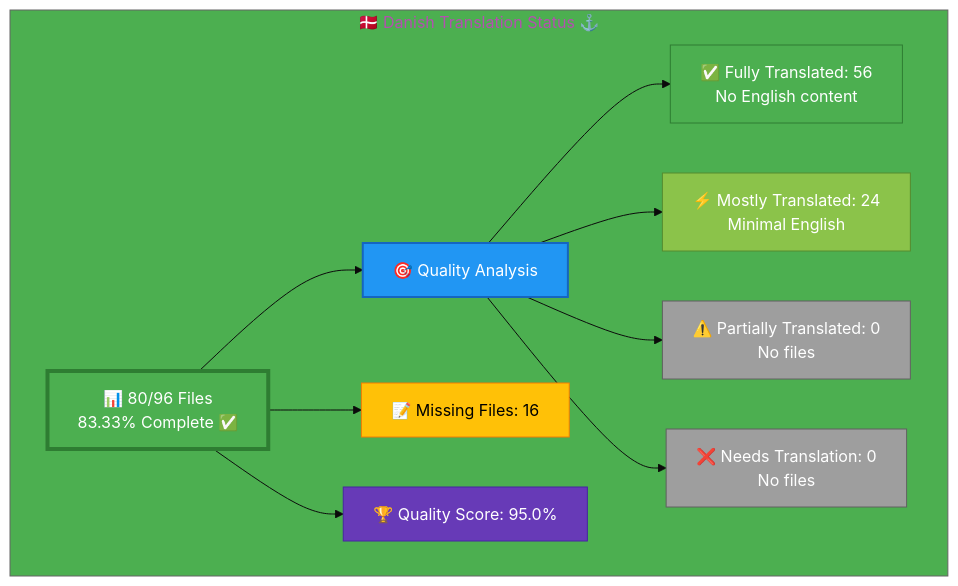
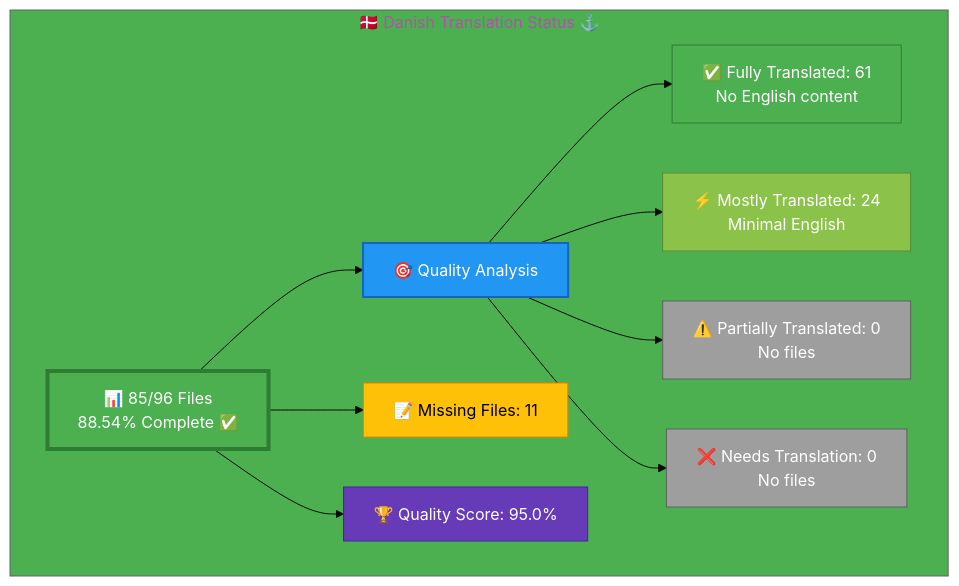
The diagram in Danish-Translation-Status.md (Hack23/homepage), drawn with Mermaid before and after one commit. The commit also changed other lines of this file, not shown here.

````diff
--- a/Danish-Translation-Status.md
+++ b/Danish-Translation-Status.md
@@ -41,26 +48,26 @@
 ```mermaid
 %%{init: {'theme':'base', 'themeVariables': {'primaryColor':'#4CAF50','secondaryColor':'#2196F3','tertiaryColor':'#4CAF50','fontSize':'16px'}}}%%
 graph TB
     subgraph "🇩🇰 Danish Translation Status ⚓"
-        A["📊 80/96 Files<br/>83.33% Complete ✅ "]
+        A["📊 85/96 Files<br/>88.54% Complete ✅ "]
         
         A --> B["🎯 Quality Analysis"]
-        B --> C["✅ Fully Translated: 56<br/>No English content"]
+        B --> C["✅ Fully Translated: 61<br/>No English content"]
         B --> D["⚡ Mostly Translated: 24<br/>Minimal English"]
         B --> E["⚠️  Partially Translated: 0<br/>No files"]
         B --> F["❌ Needs Translation: 0<br/>No files"]
         
-        A --> G["📝 Missing Files: 16"]
+        A --> G["📝 Missing Files: 11"]
         
         A --> H["🏆 Quality Score: 95.0%"]
         
         style A fill:#4CAF50,stroke:#2E7D32,color:#fff,stroke-width:4px
         style B fill:#2196F3,stroke:#1565C0,color:#fff,stroke-width:2px
         style C fill:#4CAF50,stroke:#2E7D32,color:#fff
         style D fill:#8BC34A,stroke:#558B2F,color:#fff
         style E fill:#9E9E9E,stroke:#616161,color:#fff
         style F fill:#9E9E9E,stroke:#616161,color:#fff
         style G fill:#FFC107,stroke:#F57C00,color:#000
         style H fill:#673AB7,stroke:#4527A0,color:#fff
     end
 ```
````
